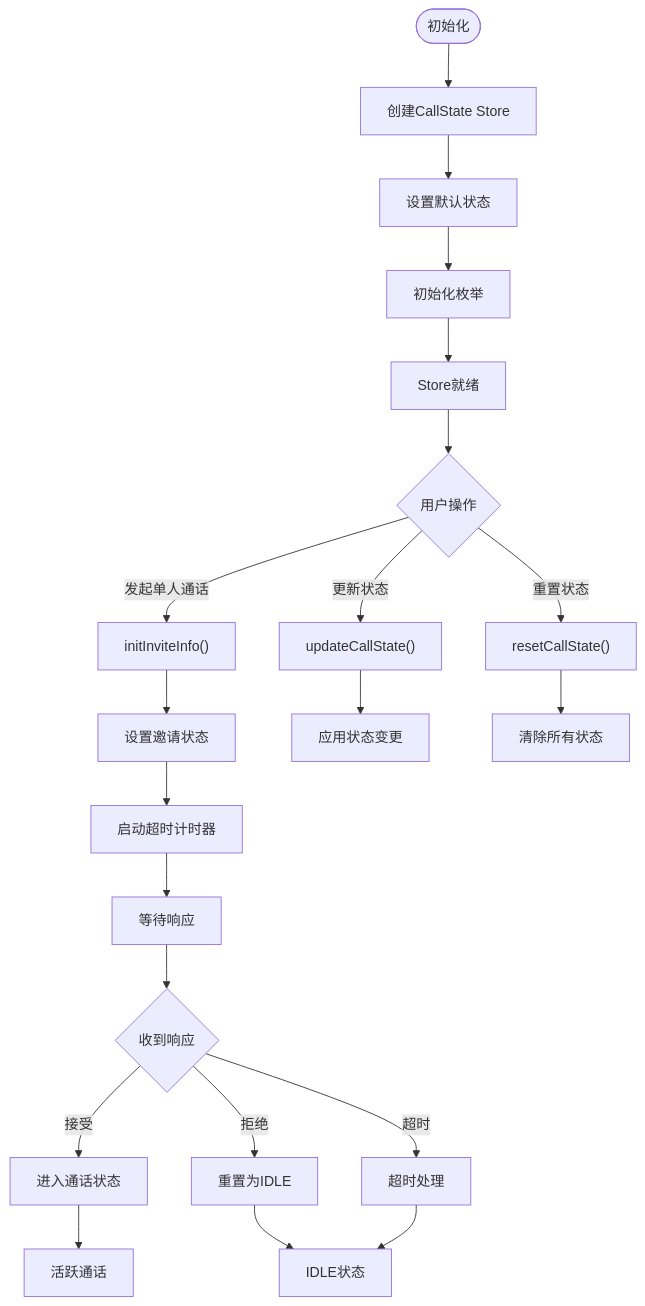
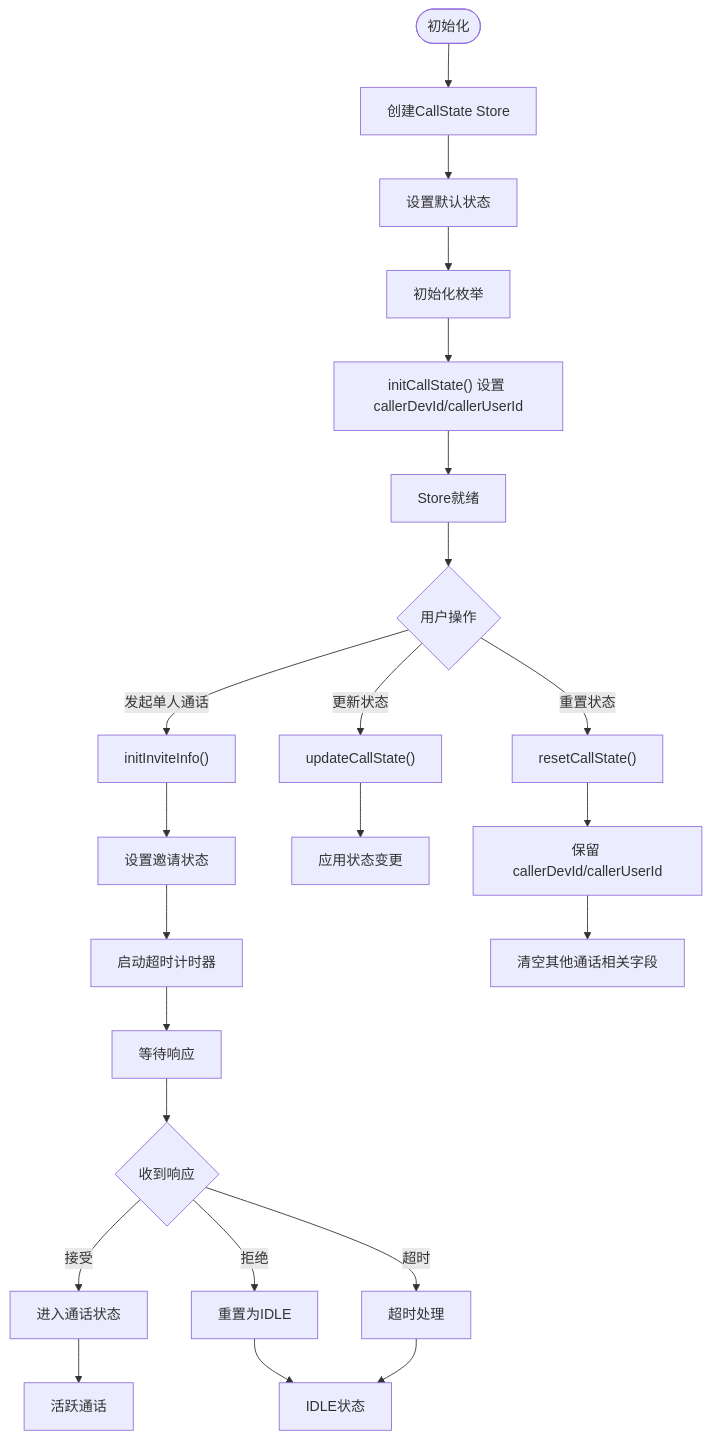
Before and after one commit to Easemob-Community/easemob-uikit-callkit-vue3: the sixth of 7 diagrams in .qoder/repowiki/zh/content/状态管理/CallState Store.md, drawn with Mermaid. The commit also changed other lines of this file and 58 other files, not shown here.

````diff
--- a/.qoder/repowiki/zh/content/状态管理/CallState Store.md
+++ b/.qoder/repowiki/zh/content/状态管理/CallState Store.md
@@ -314,23 +355,25 @@
 ```mermaid
 flowchart TD
 Init([初始化]) --> CreateStore["创建CallState Store"]
 CreateStore --> SetDefaults["设置默认状态"]
 SetDefaults --> InitEnums["初始化枚举"]
-InitEnums --> Ready["Store就绪"]
+InitEnums --> InitCaller["initCallState() 设置 callerDevId/callerUserId"]
+InitCaller --> Ready["Store就绪"]
 Ready --> UserAction{"用户操作"}
 UserAction --> |发起单人通话| InitInvite["initInviteInfo()"]
 UserAction --> |更新状态| UpdateState["updateCallState()"]
 UserAction --> |重置状态| ResetState["resetCallState()"]
 InitInvite --> SetInvite["设置邀请状态"]
 SetInvite --> StartTimer["启动超时计时器"]
 StartTimer --> WaitResponse["等待响应"]
 UpdateState --> ApplyChanges["应用状态变更"]
-ResetState --> ClearAll["清除所有状态"]
+ResetState --> PreserveCaller["保留 callerDevId/callerUserId"]
+PreserveCaller --> ClearOthers["清空其他通话相关字段"]
 WaitResponse --> Response{"收到响应"}
 Response --> |接受| AcceptCall["进入通话状态"]
 Response --> |拒绝| RejectCall["重置为IDLE"]
 Response --> |超时| TimeoutCall["超时处理"]
 AcceptCall --> ActiveCall["活跃通话"]
 RejectCall --> IdleState["IDLE状态"]
 TimeoutCall --> IdleState
 ```
````
